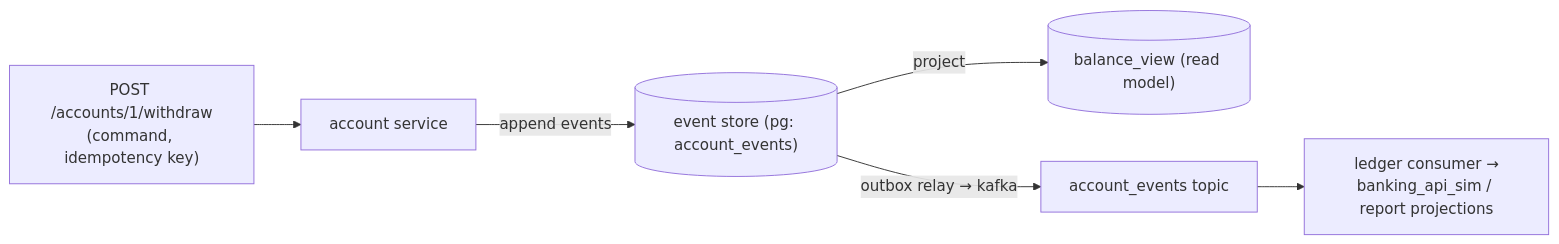
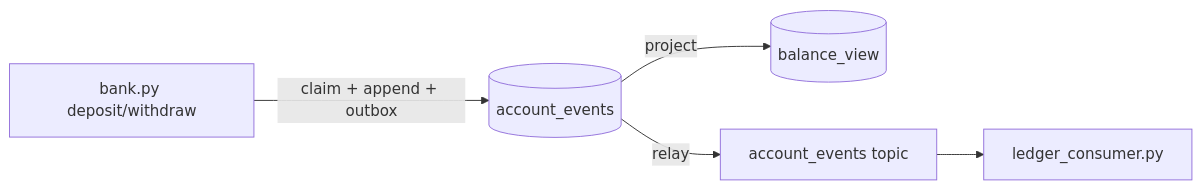
One commit to dineshpabbi10/system-design-handson changed the diagram in docs/03-projects/p11-event-sourcing.md. Above: the diagram before and after it, drawn with Mermaid. The commit also changed other lines of this file and 14 other files, not shown here.

````diff
--- a/docs/03-projects/p11-event-sourcing.md
+++ b/docs/03-projects/p11-event-sourcing.md
@@ -13,8 +12,7 @@
 ```mermaid
 flowchart LR
-    API["POST /accounts/1/withdraw<br/>(command, idempotency key)"] --> S["account service"]
-    S -->|"append events"| E[("event store (pg: account_events)")]
-    E -->|"project"| B[("balance_view (read model)")]
-    E -->|"outbox relay → kafka"| K["account_events topic"]
-    K --> L["ledger consumer →<br/>banking_api_sim / report projections"]
+    API["bank.py deposit/withdraw"] -->|"claim + append + outbox"| E[("account_events")]
+    E -->|"project"| B[("balance_view")]
+    E -->|"relay"| K["account_events topic"]
+    K --> L["ledger_consumer.py"]
 ```
````
